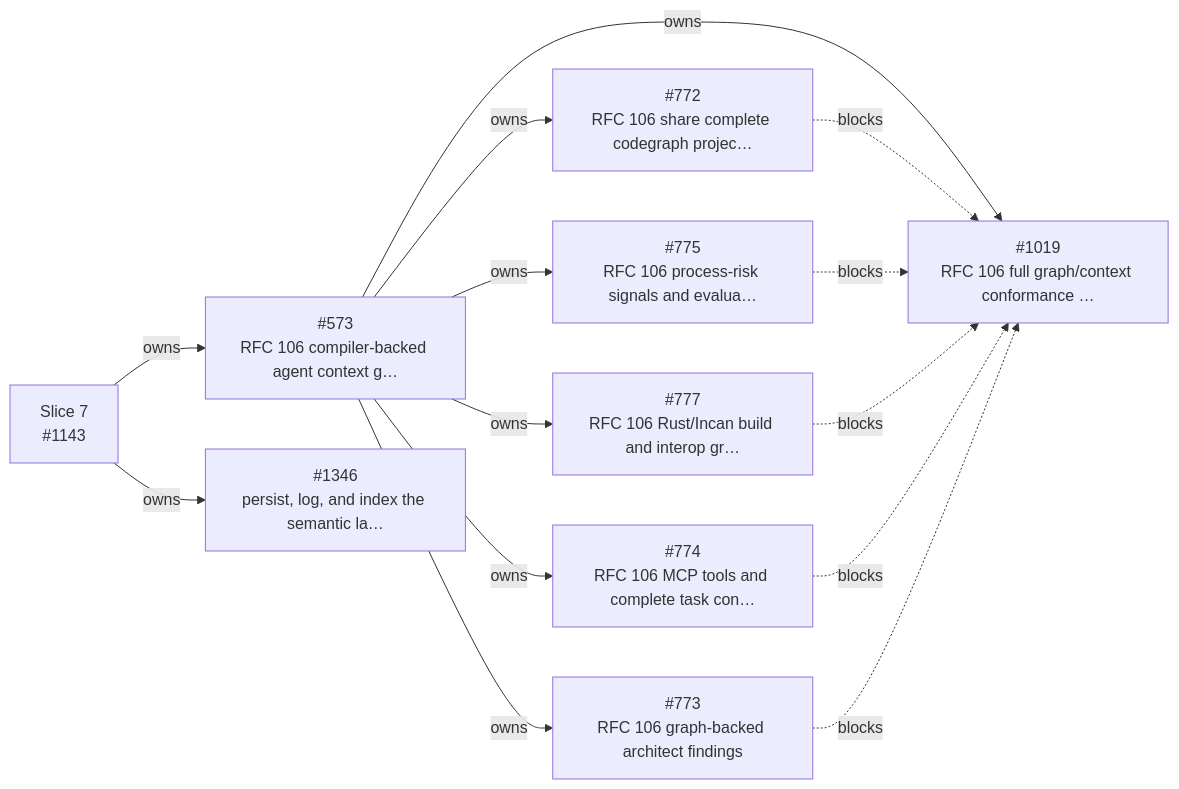
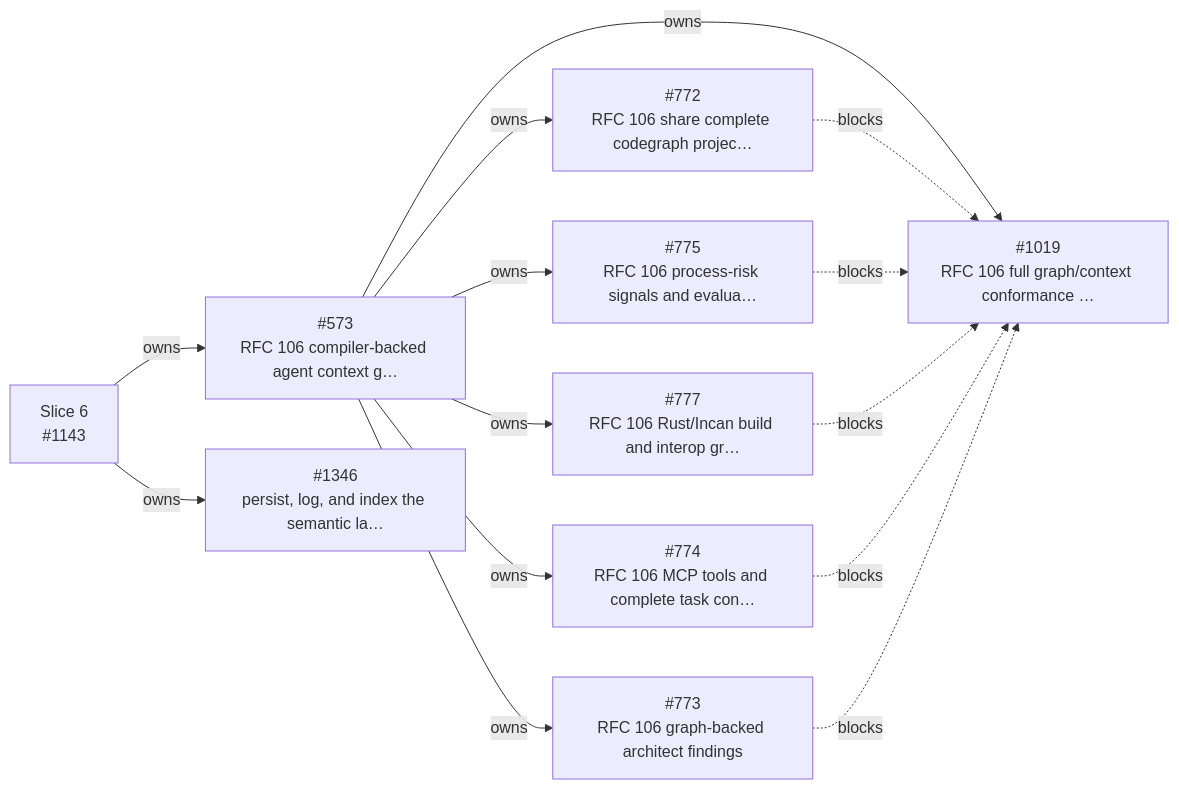
One commit to dannys-code-corner/incan changed the sixth of 9 diagrams in workspaces/docs-site/docs/_snippets/project/v0_6_roadmap.md. Above: the diagram before and after it, drawn with Mermaid. The commit also changed other lines of this file and 2 other files, not shown here.

First line of the commit message:
chore - 1379 re-sequence v0.6 slices and give slice 8 its own parent

````diff
--- a/workspaces/docs-site/docs/_snippets/project/v0_6_roadmap.md
+++ b/workspaces/docs-site/docs/_snippets/project/v0_6_roadmap.md
@@ -510,34 +457,34 @@
 ```mermaid
 flowchart LR
   i573["#573<br/>RFC 106 compiler-backed agent context g…"]
   i772["#772<br/>RFC 106 share complete codegraph projec…"]
   i773["#773<br/>RFC 106 graph-backed architect findings"]
   i774["#774<br/>RFC 106 MCP tools and complete task con…"]
   i775["#775<br/>RFC 106 process-risk signals and evalua…"]
   i777["#777<br/>RFC 106 Rust/Incan build and interop gr…"]
   i1019["#1019<br/>RFC 106 full graph/context conformance …"]
-  s1143["Slice 7<br/>#1143"]
+  s1143["Slice 6<br/>#1143"]
   i1346["#1346<br/>persist, log, and index the semantic la…"]
   s1143 -- owns --> i573
   i573 -- owns --> i772
   i573 -- owns --> i773
   i573 -- owns --> i774
   i573 -- owns --> i775
   i573 -- owns --> i777
   i573 -- owns --> i1019
   s1143 -- owns --> i1346
   i772 -. blocks .-> i1019
   i775 -. blocks .-> i1019
   i777 -. blocks .-> i1019
   i774 -. blocks .-> i1019
   i773 -. blocks .-> i1019
   click i573 href "https://github.com/encero-systems/incan/issues/573" "Open #573 on GitHub"
   click i772 href "https://github.com/encero-systems/incan/issues/772" "Open #772 on GitHub"
   click i773 href "https://github.com/encero-systems/incan/issues/773" "Open #773 on GitHub"
   click i774 href "https://github.com/encero-systems/incan/issues/774" "Open #774 on GitHub"
   click i775 href "https://github.com/encero-systems/incan/issues/775" "Open #775 on GitHub"
   click i777 href "https://github.com/encero-systems/incan/issues/777" "Open #777 on GitHub"
   click i1019 href "https://github.com/encero-systems/incan/issues/1019" "Open #1019 on GitHub"
   click s1143 href "https://github.com/encero-systems/incan/issues/1143" "Open #1143 on GitHub"
   click i1346 href "https://github.com/encero-systems/incan/issues/1346" "Open #1346 on GitHub"
 ```
````
